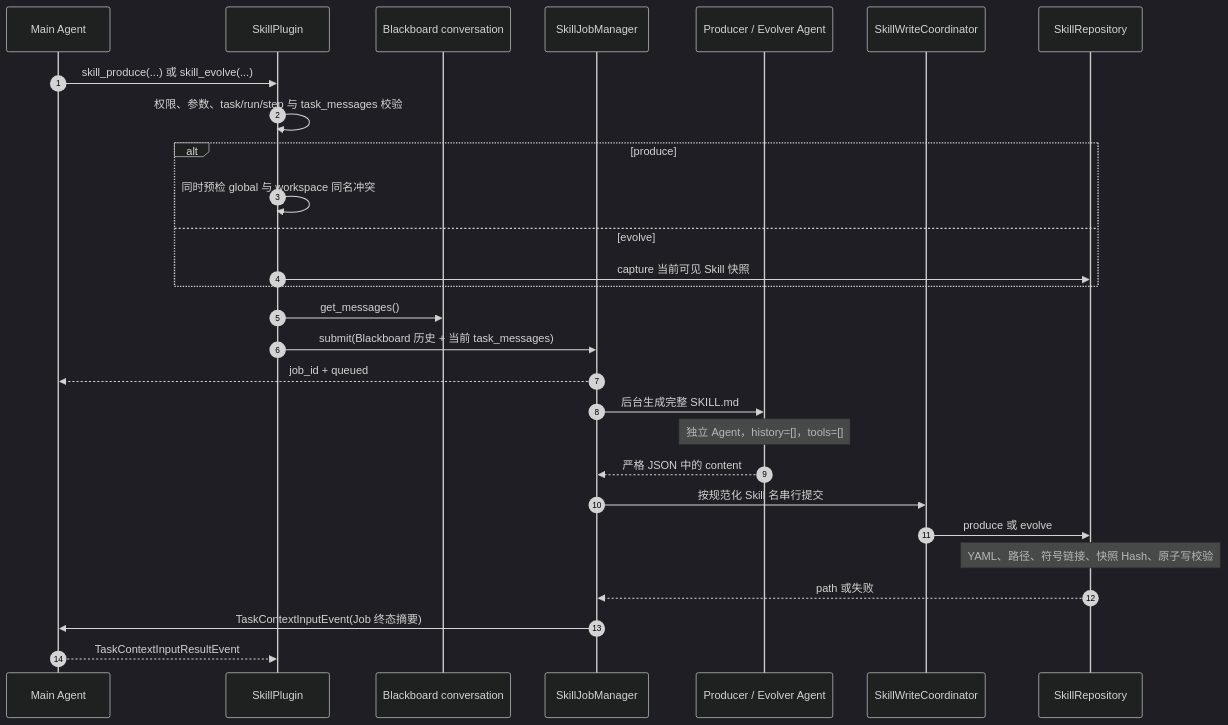
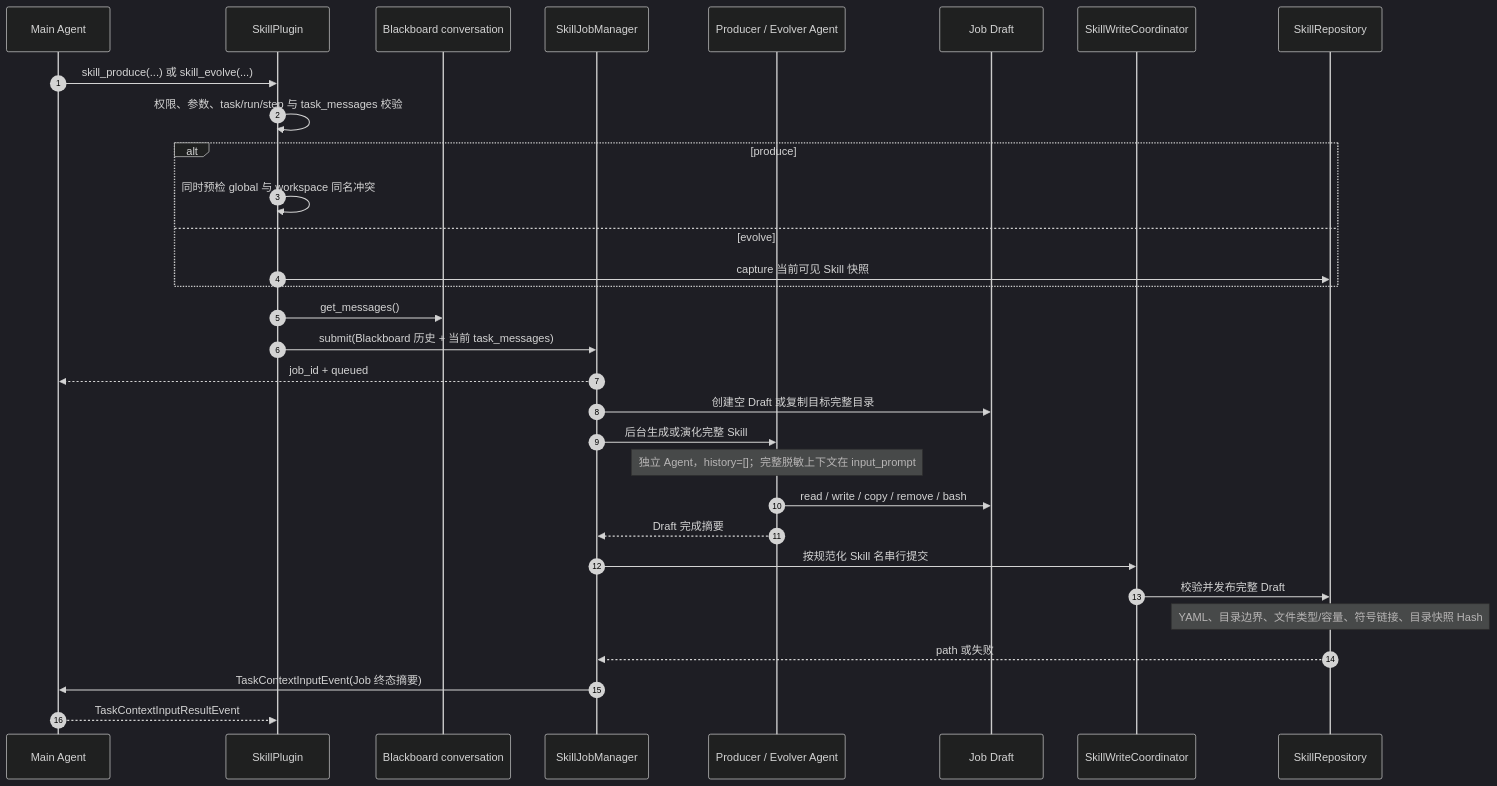
Before and after one commit to Removel/Icarus: the third of 3 diagrams in apps/agent/docs/arch/plugin-event-flow-current-state.md, drawn with Mermaid (dark theme). The commit also changed other lines of this file and 5 other files, not shown here.

Commit message:
docs(agent): align skill design and next roadmap

````diff
--- a/apps/agent/docs/arch/plugin-event-flow-current-state.md
+++ b/apps/agent/docs/arch/plugin-event-flow-current-state.md
@@ -145,31 +146,34 @@
 ```mermaid
 sequenceDiagram
     autonumber
     participant A as Main Agent
     participant S as SkillPlugin
     participant B as Blackboard conversation
     participant J as SkillJobManager
     participant G as Producer / Evolver Agent
+    participant D as Job Draft
     participant C as SkillWriteCoordinator
     participant R as SkillRepository
 
     A->>S: skill_produce(...) 或 skill_evolve(...)
     S->>S: 权限、参数、task/run/step 与 task_messages 校验
     alt produce
         S->>S: 同时预检 global 与 workspace 同名冲突
     else evolve
         S->>R: capture 当前可见 Skill 快照
     end
     S->>B: get_messages()
     S->>J: submit(Blackboard 历史 + 当前 task_messages)
     J-->>A: job_id + queued
-    J->>G: 后台生成完整 SKILL.md
-    Note over G: 独立 Agent，history=[]，tools=[]
-    G-->>J: 严格 JSON 中的 content
+    J->>D: 创建空 Draft 或复制目标完整目录
+    J->>G: 后台生成或演化完整 Skill
+    Note over G: 独立 Agent，history=[]；完整脱敏上下文在 input_prompt
+    G->>D: read / write / copy / remove / bash
+    G-->>J: Draft 完成摘要
     J->>C: 按规范化 Skill 名串行提交
-    C->>R: produce 或 evolve
-    Note over R: YAML、路径、符号链接、快照 Hash、原子写校验
+    C->>R: 校验并发布完整 Draft
+    Note over R: YAML、目录边界、文件类型/容量、符号链接、目录快照 Hash
     R-->>J: path 或失败
     J->>A: TaskContextInputEvent(Job 终态摘要)
     A-->>S: TaskContextInputResultEvent
 ```
````
